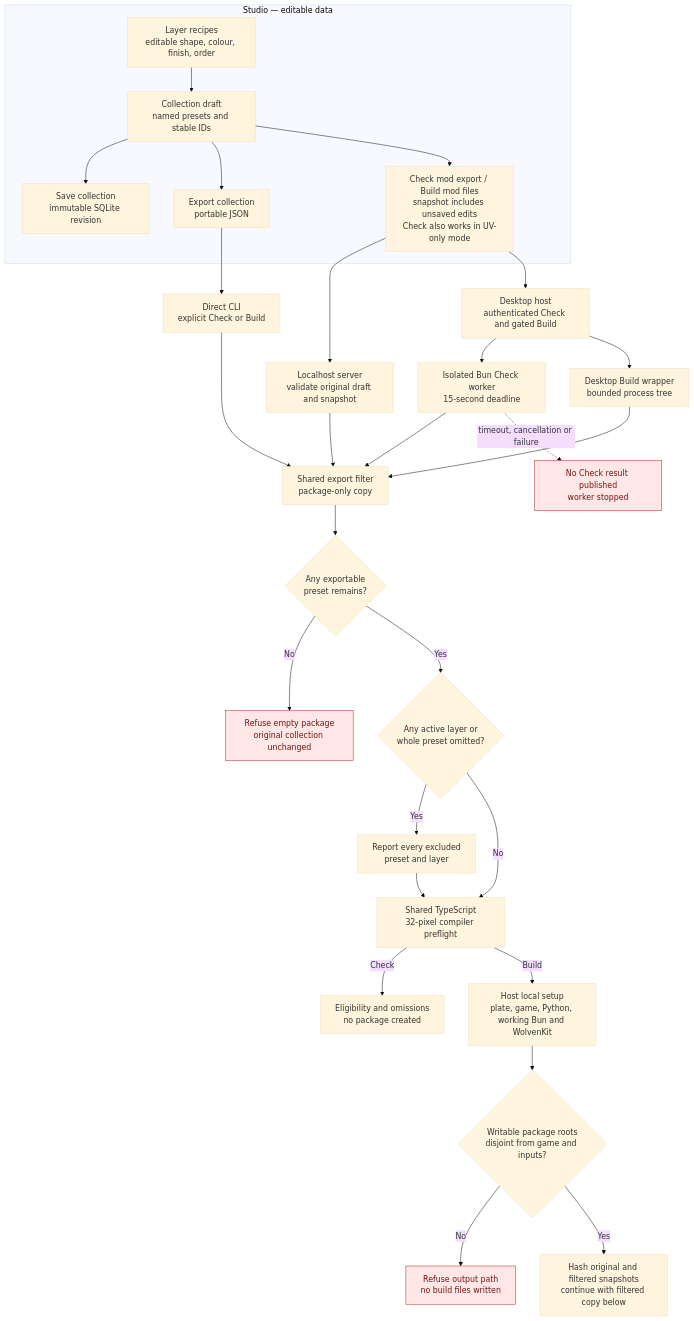
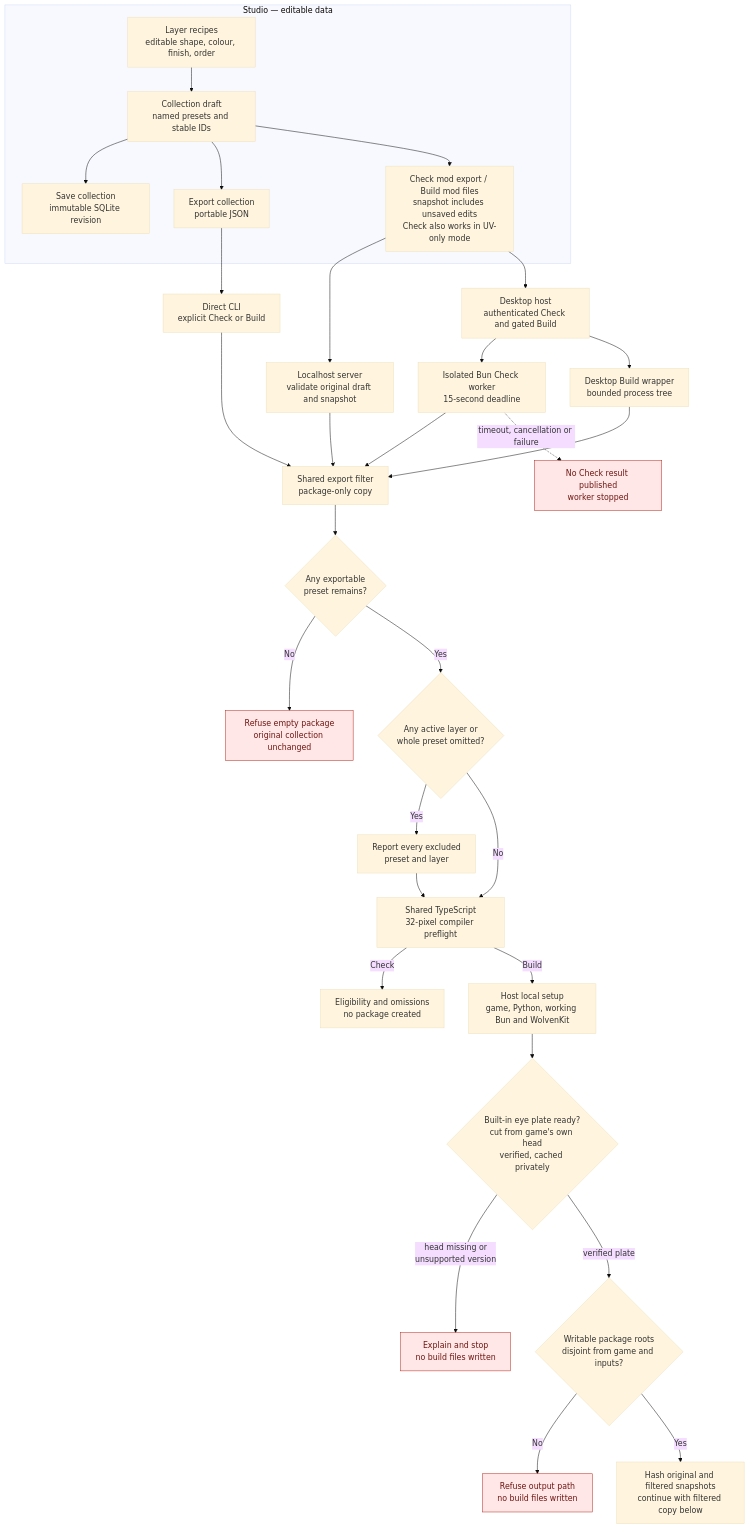
One commit to axefrog/xf-studio changed the first of 3 diagrams in research/authoring/studio-to-mod-pipeline.md. Above: the diagram before and after it, drawn with Mermaid (base theme). The commit also changed other lines of this file and 14 other files, not shown here.

First line of the commit message:
Document the built-in eye plate and its comparison with the previous plate

````diff
--- a/research/authoring/studio-to-mod-pipeline.md
+++ b/research/authoring/studio-to-mod-pipeline.md
@@ -11,34 +11,36 @@
 ```mermaid
 flowchart TB
   subgraph editor["Studio — editable data"]
     recipe["Layer recipes<br/>editable shape, colour, finish, order"] --> draft["Collection draft<br/>named presets and stable IDs"]
     draft --> sqlite["Save collection<br/>immutable SQLite revision"]
     draft --> export["Export collection<br/>portable JSON"]
     draft --> ui["Check mod export / Build mod files<br/>snapshot includes unsaved edits<br/>Check also works in UV-only mode"]
   end
 
   ui --> server["Localhost server<br/>validate original draft and snapshot"]
   ui --> desktop["Desktop host<br/>authenticated Check and gated Build"]
   server --> filter["Shared export filter<br/>package-only copy"]
   desktop --> worker["Isolated Bun Check worker<br/>15-second deadline"]
   desktop --> buildWrapper["Desktop Build wrapper<br/>bounded process tree"]
   worker --> filter
   buildWrapper --> filter
   worker -. "timeout, cancellation or failure" .-> noresult["No Check result published<br/>worker stopped"]
   export --> cli["Direct CLI<br/>explicit Check or Build"]
   cli --> filter
   filter --> decision{"Any exportable<br/>preset remains?"}
   decision -- No --> reject["Refuse empty package<br/>original collection unchanged"]
   decision -- Yes --> omitted{"Any active layer or<br/>whole preset omitted?"}
   omitted -- Yes --> warn["Report every excluded<br/>preset and layer"]
   omitted -- No --> preflight["Shared TypeScript<br/>32-pixel compiler preflight"]
   warn --> preflight
   preflight -- Check --> ready["Eligibility and omissions<br/>no package created"]
-  preflight -- Build --> setup["Host local setup<br/>plate, game, Python, working Bun and WolvenKit"]
-  setup --> roots{"Writable package roots<br/>disjoint from game and inputs?"}
+  preflight -- Build --> setup["Host local setup<br/>game, Python, working Bun and WolvenKit"]
+  setup --> plate{"Built-in eye plate ready?<br/>cut from game's own head<br/>verified, cached privately"}
+  plate -- "head missing or<br/>unsupported version" --> noplate["Explain and stop<br/>no build files written"]
+  plate -- "verified plate" --> roots{"Writable package roots<br/>disjoint from game and inputs?"}
   roots -- No --> unsafe["Refuse output path<br/>no build files written"]
   roots -- Yes --> snapshot["Hash original and filtered snapshots<br/>continue with filtered copy below"]
 
   classDef blocked fill:#ffe7e7,stroke:#b42318,color:#6e1611;
-  class reject,noresult,unsafe blocked;
+  class reject,noresult,unsafe,noplate blocked;
 ```
````
